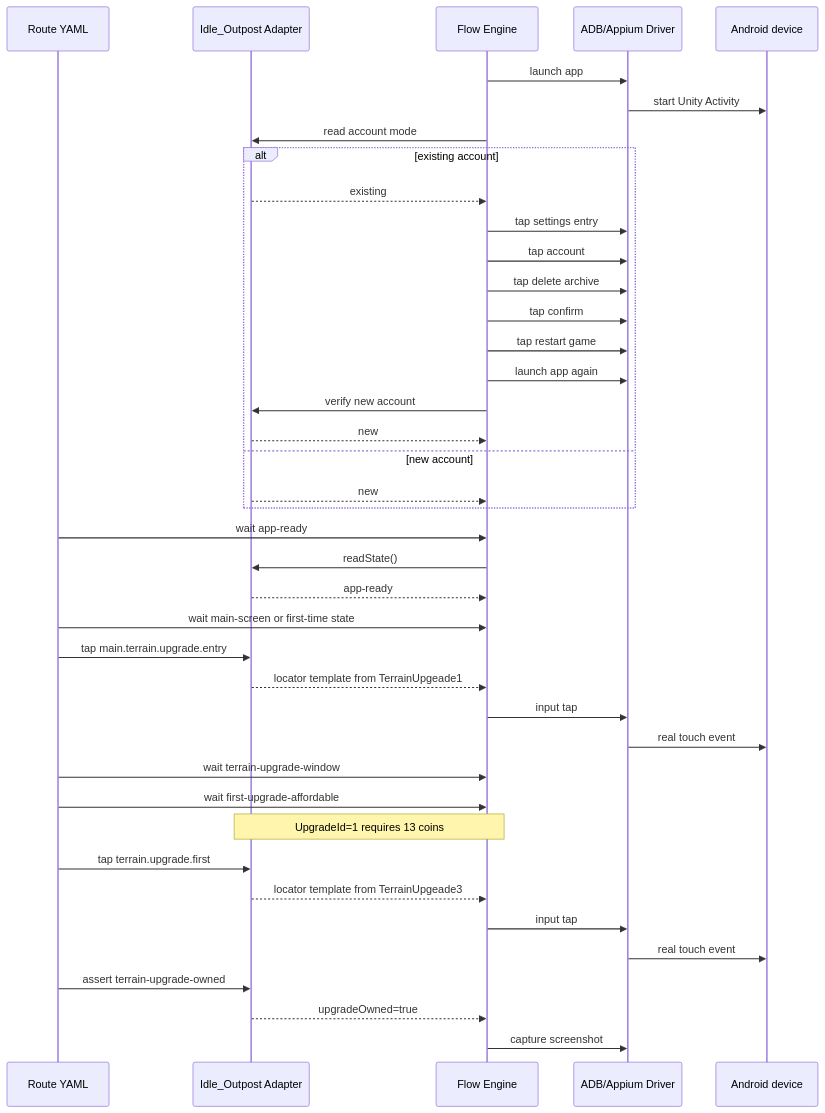
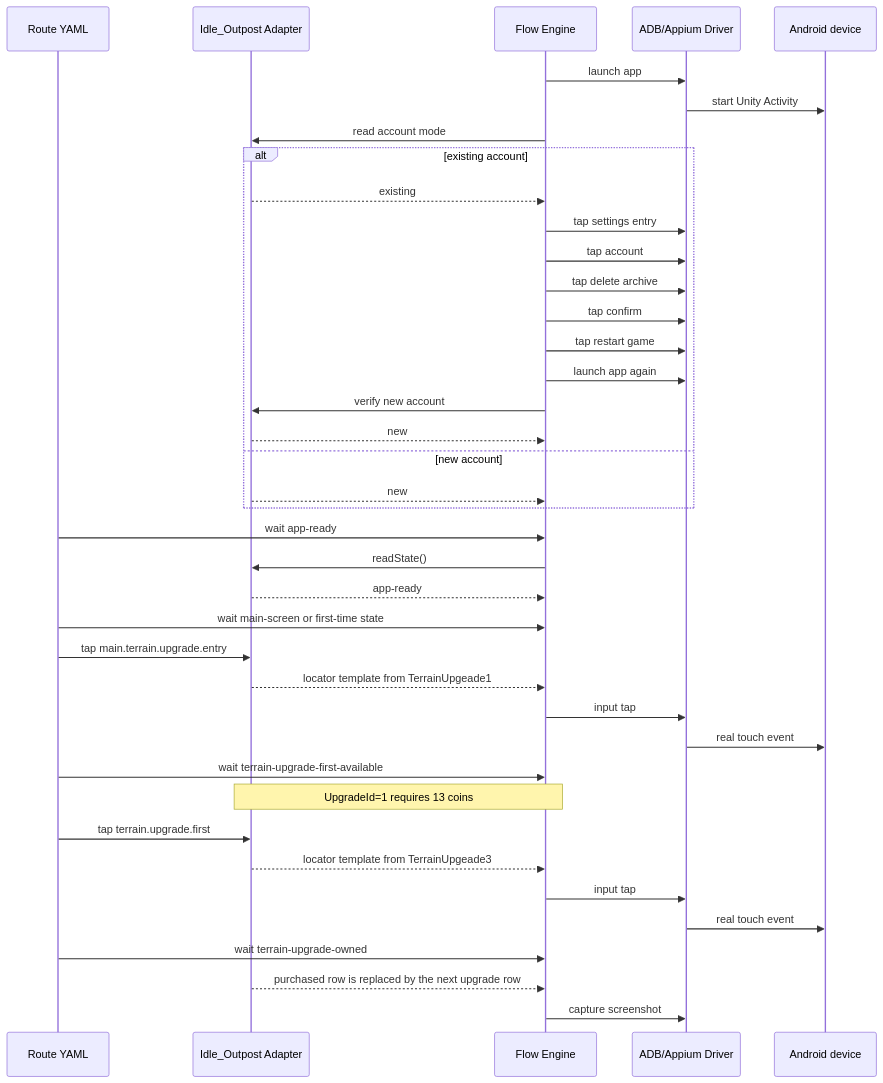
Before and after one commit to caiyipeng2/Game-Auto-TestFramework: the diagram in docs/architecture/idle-outpost-first-route.md, drawn with Mermaid. The commit also changed other lines of this file and 10 other files, not shown here.

Commit message:
feat(idle-outpost): verify first terrain upgrade purchase

````diff
--- a/docs/architecture/idle-outpost-first-route.md
+++ b/docs/architecture/idle-outpost-first-route.md
@@ -9,43 +9,42 @@
 ```mermaid
 sequenceDiagram
     participant R as Route YAML
     participant A as Idle_Outpost Adapter
     participant F as Flow Engine
     participant D as ADB/Appium Driver
     participant P as Android device
 
     F->>D: launch app
     D->>P: start Unity Activity
     F->>A: read account mode
     alt existing account
         A-->>F: existing
         F->>D: tap settings entry
         F->>D: tap account
         F->>D: tap delete archive
         F->>D: tap confirm
         F->>D: tap restart game
         F->>D: launch app again
         F->>A: verify new account
         A-->>F: new
     else new account
         A-->>F: new
     end
     R->>F: wait app-ready
     F->>A: readState()
     A-->>F: app-ready
     R->>F: wait main-screen or first-time state
     R->>A: tap main.terrain.upgrade.entry
     A-->>F: locator template from TerrainUpgeade1
     F->>D: input tap
     D->>P: real touch event
-    R->>F: wait terrain-upgrade-window
-    R->>F: wait first-upgrade-affordable
+    R->>F: wait terrain-upgrade-first-available
     Note over A,F: UpgradeId=1 requires 13 coins
     R->>A: tap terrain.upgrade.first
     A-->>F: locator template from TerrainUpgeade3
     F->>D: input tap
     D->>P: real touch event
-    R->>A: assert terrain-upgrade-owned
-    A-->>F: upgradeOwned=true
+    R->>F: wait terrain-upgrade-owned
+    A-->>F: purchased row is replaced by the next upgrade row
     F->>D: capture screenshot
 ```
````
